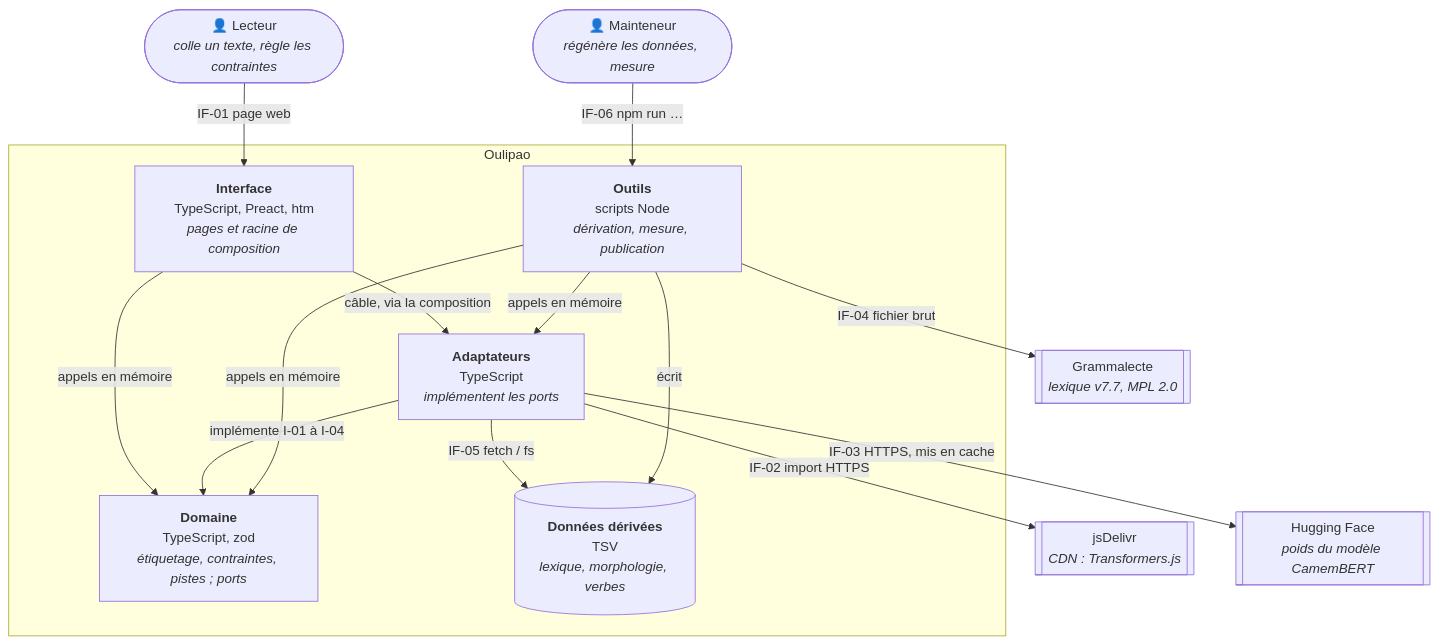
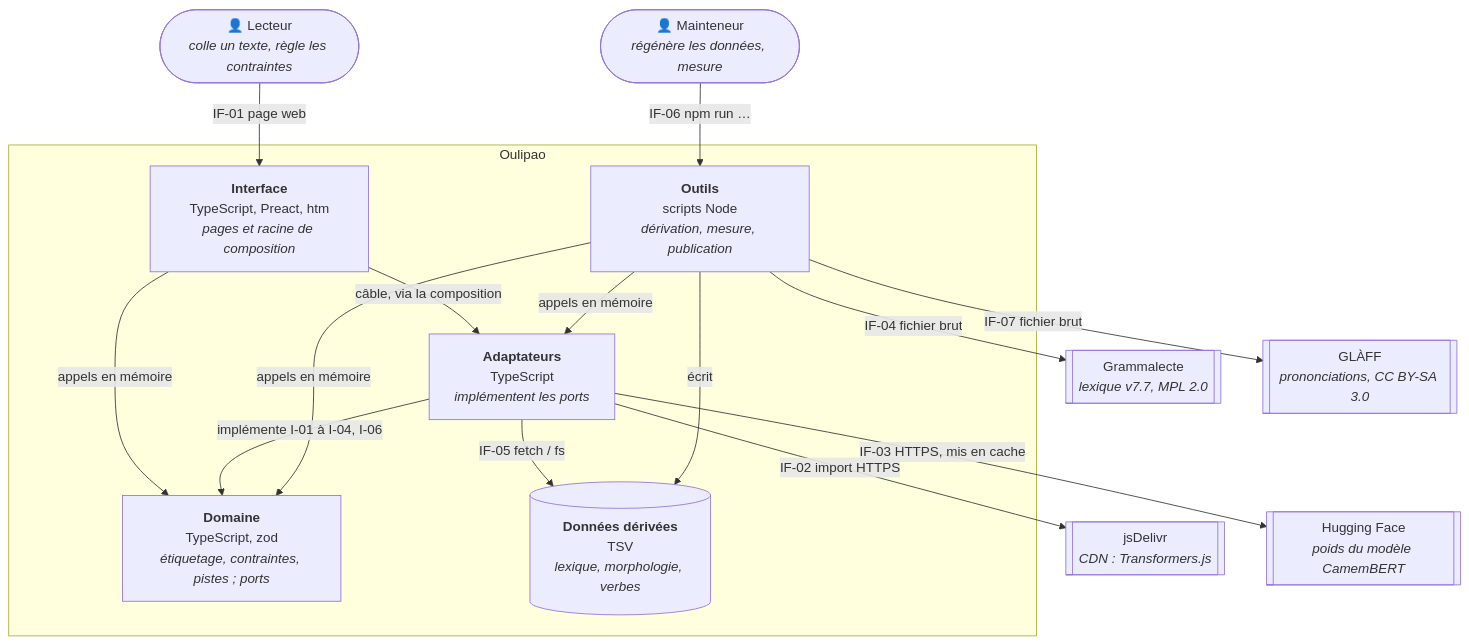
Before and after one commit to constructions-incongrues/oulipao: the diagram in docs/arc42/05-vue-des-briques.md, drawn with Mermaid. The commit also changed other lines of this file and 11 other files, not shown here.

First line of the commit message:
Documentation d'architecture arc42 : textbank phonétique et filtres de rime

````diff
--- a/docs/arc42/05-vue-des-briques.md
+++ b/docs/arc42/05-vue-des-briques.md
@@ -30,29 +30,31 @@
 ```mermaid
 flowchart TB
     lecteur(["👤 Lecteur<br/><i>colle un texte, règle les contraintes</i>"])
     mainteneur(["👤 Mainteneur<br/><i>régénère les données, mesure</i>"])
     jsdelivr[["jsDelivr<br/><i>CDN : Transformers.js</i>"]]
     hf[["Hugging Face<br/><i>poids du modèle CamemBERT</i>"]]
     grammalecte[["Grammalecte<br/><i>lexique v7.7, MPL 2.0</i>"]]
+    glaff[["GLÀFF<br/><i>prononciations, CC BY-SA 3.0</i>"]]
 
     subgraph oulipao["Oulipao"]
         ui["<b>Interface</b><br/>TypeScript, Preact, htm<br/><i>pages et racine de composition</i>"]
         domaine["<b>Domaine</b><br/>TypeScript, zod<br/><i>étiquetage, contraintes, pistes ; ports</i>"]
         adaptateurs["<b>Adaptateurs</b><br/>TypeScript<br/><i>implémentent les ports</i>"]
         donnees[("<b>Données dérivées</b><br/>TSV<br/><i>lexique, morphologie, verbes</i>")]
         outils["<b>Outils</b><br/>scripts Node<br/><i>dérivation, mesure, publication</i>"]
     end
 
     lecteur -- "IF-01 page web" --> ui
     ui -- "appels en mémoire" --> domaine
     ui -- "câble, via la composition" --> adaptateurs
-    adaptateurs -- "implémente I-01 à I-04" --> domaine
+    adaptateurs -- "implémente I-01 à I-04, I-06" --> domaine
     adaptateurs -- "IF-05 fetch / fs" --> donnees
     adaptateurs -- "IF-02 import HTTPS" --> jsdelivr
     adaptateurs -- "IF-03 HTTPS, mis en cache" --> hf
     mainteneur -- "IF-06 npm run …" --> outils
     outils -- "appels en mémoire" --> adaptateurs
     outils -- "appels en mémoire" --> domaine
     outils -- "écrit" --> donnees
     outils -- "IF-04 fichier brut" --> grammalecte
+    outils -- "IF-07 fichier brut" --> glaff
 ```
````
